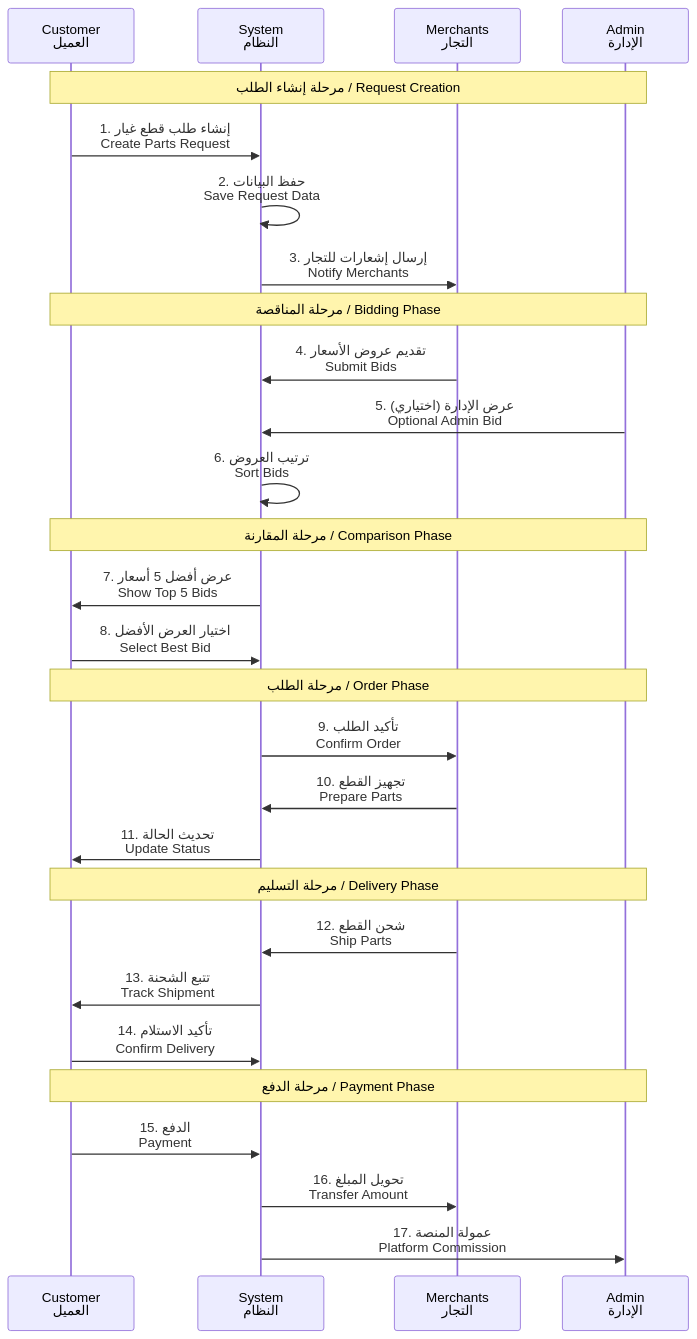
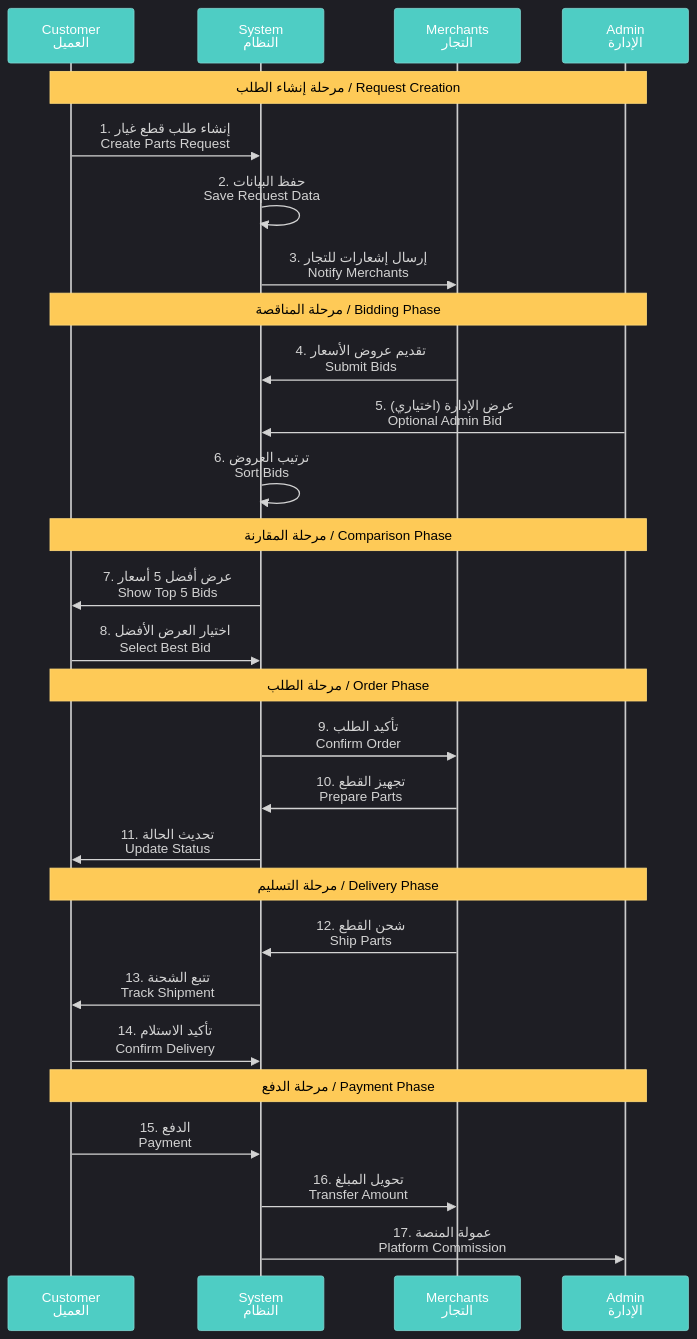
One commit to abdoElHodaky/larvrevrstender changed the third of 12 diagrams in Reverse Tender_implementation_plan.md. Above: the diagram before and after it, drawn with Mermaid. The commit also changed other lines of this file and 1 other file, not shown here.

First line of the commit message:
feat: Update additional planning document diagrams with unified dark theme

````diff
--- a/Reverse Tender_implementation_plan.md
+++ b/Reverse Tender_implementation_plan.md
@@ -116,36 +148,61 @@
 ```mermaid
+%%{init: {
+  'theme': 'dark',
+  'themeVariables': {
+    'primaryColor': '#FF6B6B',
+    'primaryTextColor': '#FFFFFF',
+    'primaryBorderColor': '#FF8E8E',
+    'lineColor': '#4ECDC4',
+    'secondaryColor': '#45B7D1',
+    'tertiaryColor': '#96CEB4',
+    'background': '#0F172A',
+    'mainBkg': '#1E293B',
+    'secondBkg': '#334155',
+    'tertiaryBkg': '#475569',
+    'actorBkg': '#4ECDC4',
+    'actorBorder': '#7ED6D1',
+    'actorTextColor': '#FFFFFF',
+    'activationBkgColor': '#45B7D1',
+    'activationBorderColor': '#6BC5E8',
+    'noteBkgColor': '#FECA57',
+    'noteTextColor': '#000000',
+    'noteBorderColor': '#FED876',
+    'sequenceNumberColor': '#FFFFFF'
+  }
+}}%%
+
 sequenceDiagram
     participant C as Customer<br/>العميل
     participant S as System<br/>النظام
     participant M as Merchants<br/>التجار
     participant A as Admin<br/>الإدارة
     
     Note over C,A: مرحلة إنشاء الطلب / Request Creation
     C->>S: 1. إنشاء طلب قطع غيار<br/>Create Parts Request
     S->>S: 2. حفظ البيانات<br/>Save Request Data
     S->>M: 3. إرسال إشعارات للتجار<br/>Notify Merchants
     
     Note over C,A: مرحلة المناقصة / Bidding Phase
     M->>S: 4. تقديم عروض الأسعار<br/>Submit Bids
     A->>S: 5. (اختياري) عرض الإدارة<br/>Optional Admin Bid
     S->>S: 6. ترتيب العروض<br/>Sort Bids
     
     Note over C,A: مرحلة المقارنة / Comparison Phase
     S->>C: 7. عرض أفضل 5 أسعار<br/>Show Top 5 Bids
     C->>S: 8. اختيار العرض الأفضل<br/>Select Best Bid
     
     Note over C,A: مرحلة الطلب / Order Phase
     S->>M: 9. تأكيد الطلب<br/>Confirm Order
     M->>S: 10. تجهيز القطع<br/>Prepare Parts
     S->>C: 11. تحديث الحالة<br/>Update Status
     
     Note over C,A: مرحلة التسليم / Delivery Phase
     M->>S: 12. شحن القطع<br/>Ship Parts
     S->>C: 13. تتبع الشحنة<br/>Track Shipment
     C->>S: 14. تأكيد الاستلام<br/>Confirm Delivery
     
     Note over C,A: مرحلة الدفع / Payment Phase
     C->>S: 15. الدفع<br/>Payment
     S->>M: 16. تحويل المبلغ<br/>Transfer Amount
     S->>A: 17. عمولة المنصة<br/>Platform Commission
 ```
````
